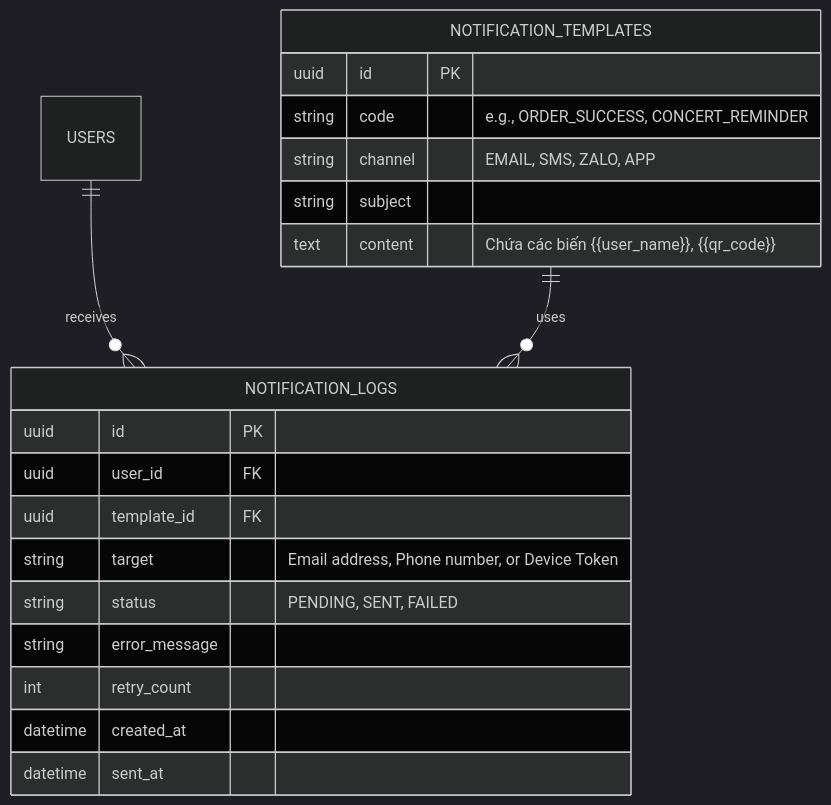
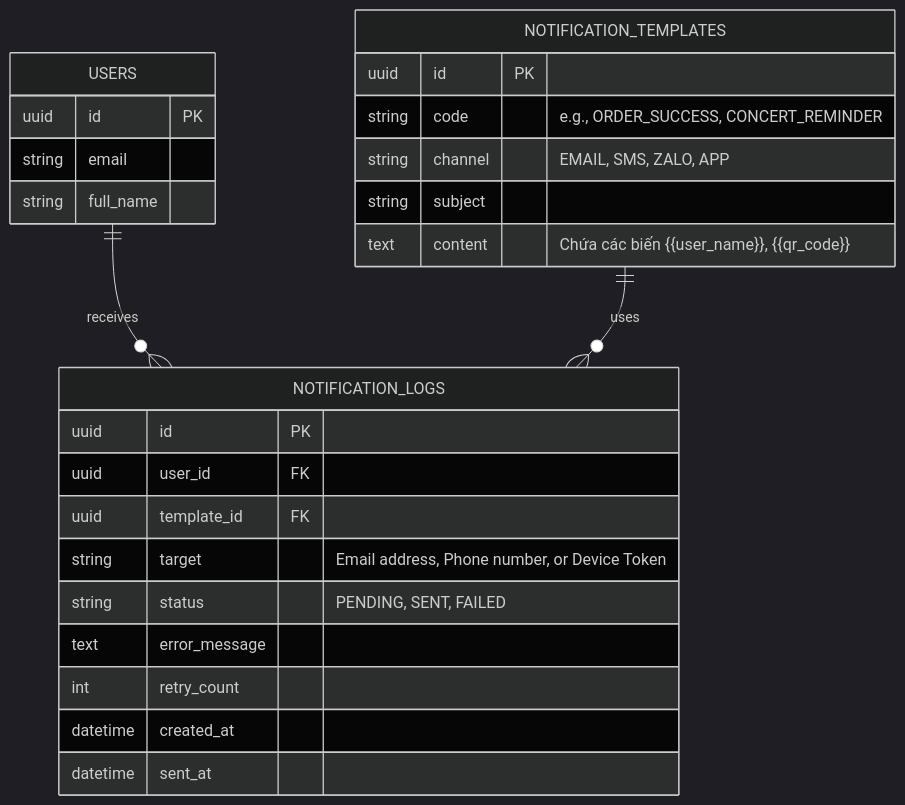
The first of 2 diagrams in docs/research/details/notifications.md (TuanDakLak/Ticket_Box), drawn with Mermaid (dark theme) before and after one commit. The commit also changed other lines of this file and 4 other files, not shown here.

First line of the commit message:
feat(docs): Enhance documentation and database schema for ticketing system

````diff
--- a/docs/research/details/notifications.md
+++ b/docs/research/details/notifications.md
@@ -77,26 +71,32 @@
 ```mermaid
 erDiagram
-    USERS ||--o{ NOTIFICATION_LOGS : receives
-    NOTIFICATION_TEMPLATES ||--o{ NOTIFICATION_LOGS : uses
+    USERS ||--o{ NOTIFICATION_LOGS : "receives"
+    NOTIFICATION_TEMPLATES ||--o{ NOTIFICATION_LOGS : "uses"
+
+    USERS {
+        uuid id PK
+        string email
+        string full_name
+    }
 
     NOTIFICATION_TEMPLATES {
         uuid id PK
         string code "e.g., ORDER_SUCCESS, CONCERT_REMINDER"
         string channel "EMAIL, SMS, ZALO, APP"
         string subject
         text content "Chứa các biến {{user_name}}, {{qr_code}}"
     }
 
     NOTIFICATION_LOGS {
         uuid id PK
         uuid user_id FK
         uuid template_id FK
         string target "Email address, Phone number, or Device Token"
         string status "PENDING, SENT, FAILED"
-        string error_message
+        text error_message
         int retry_count
         datetime created_at
         datetime sent_at
     }
 
 ```
````
